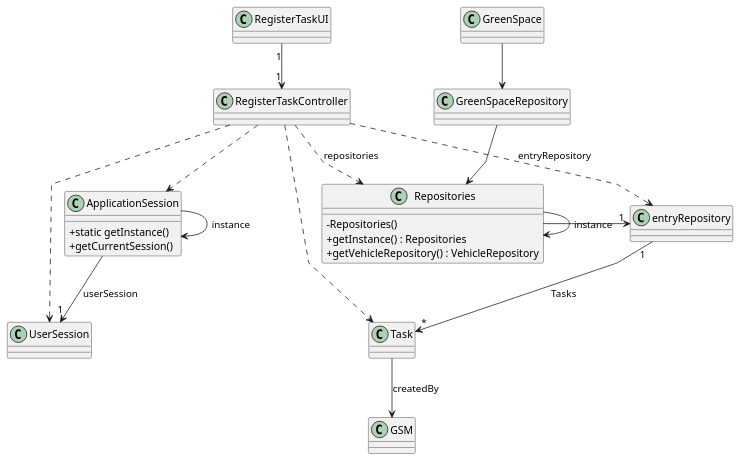
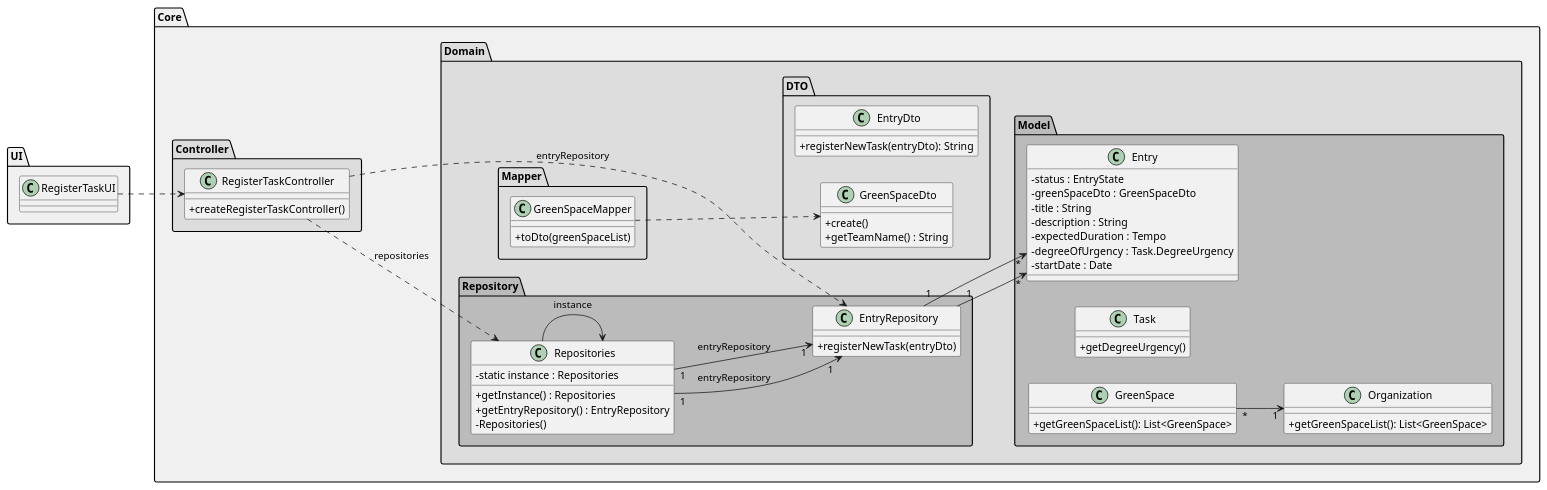
One commit to francisc-o-liveira/lei-24-s2-1dp-g163 changed the diagram in docs/sprintC/us021/03.design/puml/us021-class-diagram.puml. Above: the diagram before and after it, drawn with PlantUML. The commit also changed 16 other files, not shown here.

```diff
--- a/docs/sprintC/us021/03.design/puml/us021-class-diagram.puml
+++ b/docs/sprintC/us021/03.design/puml/us021-class-diagram.puml
@@ -1,72 +1,114 @@
 @startuml
-'skinparam monochrome true
-skinparam packageStyle rectangle
 skinparam shadowing false
-skinparam linetype polyline
-'skinparam linetype orto
-
 skinparam classAttributeIconSize 0
 
-'left to right direction
+left to right direction
 
-class ApplicationSession{
-    + static getInstance()
-    + getCurrentSession()
+package "UI" #f0f0f0{
+    class RegisterTaskUI {
+    }
+
+}
+package "Core" #f0f0f0{
+
+    package "Controller" #dddddd{
+
+        class RegisterTaskController {
+            +createRegisterTaskController()
+        }
+
+        RegisterTaskUI ..>  RegisterTaskController
+
+
+    }
+
+    package "Domain" #dddddd{
+
+
+        package "Mapper" #dddddd{
+
+            class GreenSpaceMapper {
+                +toDto(greenSpaceList)
+            }
+
+        }
+
+        package "DTO" #dddddd{
+
+            class EntryDto {
+                +registerNewTask(entryDto): String
+            }
+
+
+            class GreenSpaceDto {
+                +create()
+                +getTeamName() : String
+            }
+
+            GreenSpaceMapper ..> GreenSpaceDto
+
+        }
+
+
+
+        package "Repository" #bbbbbb{
+
+            class Repositories {
+                - static instance : Repositories
+                + getInstance() : Repositories
+                + getEntryRepository() : EntryRepository
+                - Repositories()
+            }
+
+            RegisterTaskController ..> Repositories : repositories
+
+            Repositories --> Repositories : instance
+
+            class EntryRepository {
+                +registerNewTask(entryDto)
+            }
+
+            Repositories "1" --> "1" EntryRepository : entryRepository
+
+
+            Repositories "1" --> "1" EntryRepository : entryRepository
+            RegisterTaskController ..> EntryRepository: entryRepository
+
+        }
+
+        package "Model" #bbbbbb{
+
+            class Entry {
+                -status : EntryState
+                -greenSpaceDto : GreenSpaceDto
+                -title : String
+                -description : String
+                -expectedDuration : Tempo
+                -degreeOfUrgency : Task.DegreeUrgency
+                -startDate : Date
+            }
+
+            EntryRepository "1" --> "*" Entry
+
+            class Task {
+                +getDegreeUrgency()
+            }
+
+            class GreenSpace {
+                +getGreenSpaceList(): List<GreenSpace>
+            }
+
+            EntryRepository "1" --> "*" Entry
+
+
+            class Organization {
+                +getGreenSpaceList(): List<GreenSpace>
+            }
+
+            GreenSpace "*" --> "1" Organization
+
+        }
+    }
 }
 
-class UserSession{
-}
-
-class Task {
-
-}
-
-class GreenSpaceRepository{
-}
-
-
-class entryRepository {
-
-}
-
-
-class Repositories {
-        - Repositories()
-        + getInstance() : Repositories
-        + getVehicleRepository() : VehicleRepository
-}
-
-class RegisterTaskController{
-
-}
-
-
-class GreenSpace{
-
-}
-
-ApplicationSession -> ApplicationSession : instance
-ApplicationSession --> "1" UserSession : userSession
-
-GreenSpace --> GreenSpaceRepository
-
-RegisterTaskUI "1" --> "1" RegisterTaskController
-
-
-RegisterTaskController .> Repositories : repositories
-
-RegisterTaskController ..> Task
-RegisterTaskController ..> entryRepository : entryRepository
-RegisterTaskController ..> ApplicationSession
-RegisterTaskController ..> UserSession
-
-
-Repositories -> Repositories : instance
-Repositories -> "1" entryRepository
-
-entryRepository "1" --> "*" Task : Tasks
-GreenSpaceRepository --> Repositories
-
-Task--> GSM : createdBy
-
 @enduml
```
